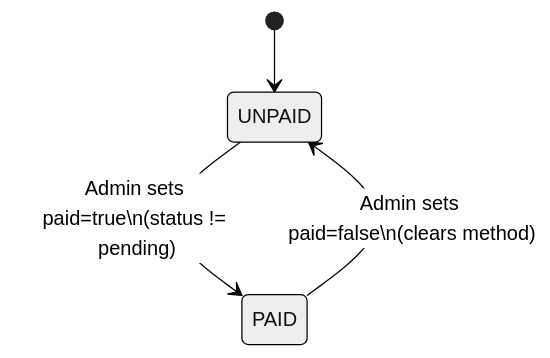
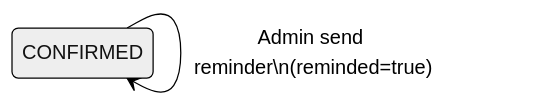
Before and after one commit to sankaL/loku-caters: the second of 2 diagrams in docs/order-state-diagram.md, drawn with Mermaid (neutral theme). The commit also changed other lines of this file and 5 other files, not shown here.

First line of the commit message:
feat(admin): add bundle-aware order status actions with dedicated endpoints

````diff
--- a/docs/order-state-diagram.md
+++ b/docs/order-state-diagram.md
@@ -79,8 +37,6 @@
 ```mermaid
 stateDiagram-v2
-    direction TB
+    direction LR
 
-    [*] --> UNPAID
-    UNPAID --> PAID : Admin sets paid=true\n(status != pending)
-    PAID --> UNPAID : Admin sets paid=false\n(clears method)
+    CONFIRMED --> CONFIRMED : Admin send reminder\n(reminded=true)
 ```
````
